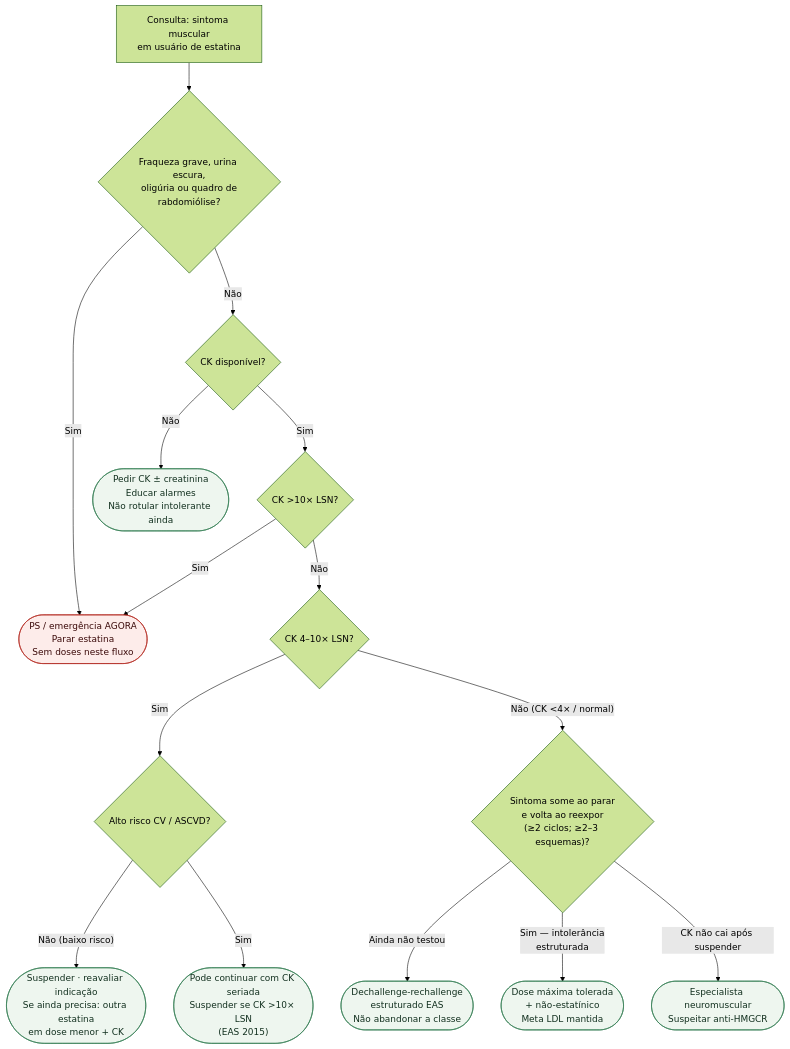
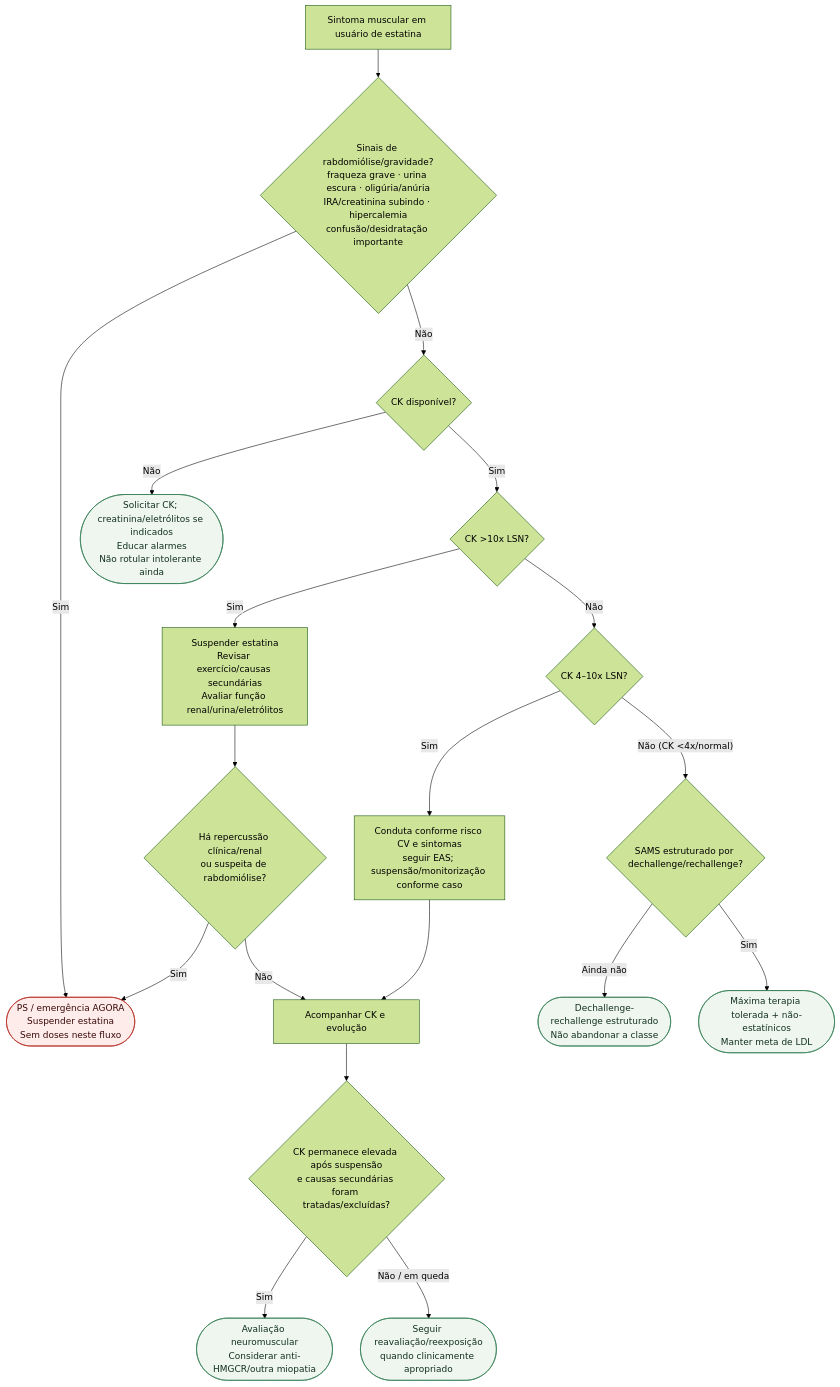
Before and after one commit to rafaelpaesmeirelles/MeuCardio: the diagram in content/Prevenção_e_lipídios/fluxograma-sinalizadores-ambulatoriais-intolerancia-estatina.md, drawn with Mermaid (forest theme). The commit also changed other lines of this file, not shown here.

Commit message:
fix(content): corrige fluxograma SAMS e marca revisado

````diff
--- a/content/Prevenção_e_lipídios/fluxograma-sinalizadores-ambulatoriais-intolerancia-estatina.md
+++ b/content/Prevenção_e_lipídios/fluxograma-sinalizadores-ambulatoriais-intolerancia-estatina.md
@@ -22,31 +19,32 @@
 ```mermaid
 flowchart TD
-  R0["Consulta: sintoma muscular<br/>em usuário de estatina"] --> D1{"Fraqueza grave, urina escura,<br/>oligúria ou quadro de<br/>rabdomiólise?"}
+  R0["Sintoma muscular em usuário de estatina"] --> D1{"Sinais de rabdomiólise/gravidade?<br/>fraqueza grave · urina escura · oligúria/anúria<br/>IRA/creatinina subindo · hipercalemia<br/>confusão/desidratação importante"}
 
-  D1 -->|"Sim"| C1(["PS / emergência AGORA<br/>Parar estatina<br/>Sem doses neste fluxo"])
-
+  D1 -->|"Sim"| C1(["PS / emergência AGORA<br/>Suspender estatina<br/>Sem doses neste fluxo"])
   D1 -->|"Não"| D2{"CK disponível?"}
 
-  D2 -->|"Não"| C2(["Pedir CK ± creatinina<br/>Educar alarmes<br/>Não rotular intolerante ainda"])
+  D2 -->|"Não"| C2(["Solicitar CK; creatinina/eletrólitos se indicados<br/>Educar alarmes<br/>Não rotular intolerante ainda"])
+  D2 -->|"Sim"| D3{"CK >10x LSN?"}
 
-  D2 -->|"Sim"| D3{"CK >10× LSN?"}
+  D3 -->|"Sim"| S1["Suspender estatina<br/>Revisar exercício/causas secundárias<br/>Avaliar função renal/urina/eletrólitos"]
+  S1 --> D3B{"Há repercussão clínica/renal<br/>ou suspeita de rabdomiólise?"}
+  D3B -->|"Sim"| C1
+  D3B -->|"Não"| F1["Acompanhar CK e evolução"]
 
-  D3 -->|"Sim"| C1
+  D3 -->|"Não"| D4{"CK 4–10x LSN?"}
+  D4 -->|"Sim"| S2["Conduta conforme risco CV e sintomas<br/>seguir EAS; suspensão/monitorização conforme caso"]
+  S2 --> F1
 
-  D3 -->|"Não"| D4{"CK 4–10× LSN?"}
+  D4 -->|"Não (CK <4x/normal)"| D5{"SAMS estruturado por dechallenge/rechallenge?"}
+  D5 -->|"Ainda não"| C5(["Dechallenge-rechallenge estruturado<br/>Não abandonar a classe"])
+  D5 -->|"Sim"| C6(["Máxima terapia tolerada + não-estatínicos<br/>Manter meta de LDL"])
 
-  D4 -->|"Sim"| D5{"Alto risco CV / ASCVD?"}
-  D5 -->|"Não (baixo risco)"| C3(["Suspender · reavaliar indicação<br/>Se ainda precisa: outra estatina<br/>em dose menor + CK"])
-  D5 -->|"Sim"| C4(["Pode continuar com CK seriada<br/>Suspender se CK >10× LSN<br/>(EAS 2015)"])
+  F1 --> D6{"CK permanece elevada após suspensão<br/>e causas secundárias foram tratadas/excluídas?"}
+  D6 -->|"Sim"| C7(["Avaliação neuromuscular<br/>Considerar anti-HMGCR/outra miopatia"])
+  D6 -->|"Não / em queda"| C8(["Seguir reavaliação/reexposição<br/>quando clinicamente apropriado"])
 
-  D4 -->|"Não (CK <4× / normal)"| D6{"Sintoma some ao parar<br/>e volta ao reexpor<br/>(≥2 ciclos; ≥2–3 esquemas)?"}
-
-  D6 -->|"Ainda não testou"| C5(["Dechallenge-rechallenge<br/>estruturado EAS<br/>Não abandonar a classe"])
-  D6 -->|"Sim — intolerância<br/>estruturada"| C6(["Dose máxima tolerada<br/>+ não-estatínico<br/>Meta LDL mantida"])
-  D6 -->|"CK não cai após suspender"| C7(["Especialista neuromuscular<br/>Suspeitar anti-HMGCR"])
-
+  classDef alerta fill:#fdecea,stroke:#b3261e,color:#3b0a0a;
   classDef conduta fill:#eef6ef,stroke:#2f7a4f,color:#12301f;
-  classDef alerta fill:#fdecea,stroke:#b3261e,color:#3b0a0a;
   class C1 alerta;
-  class C2,C3,C4,C5,C6,C7 conduta;
+  class C2,C5,C6,C7,C8 conduta;
 ```
````
